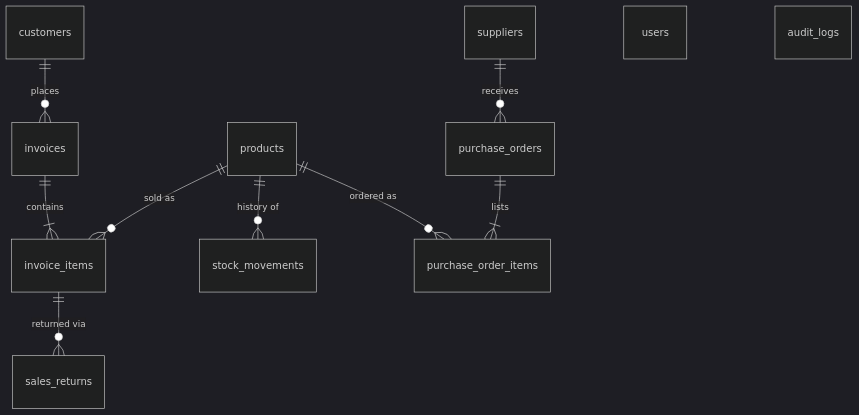
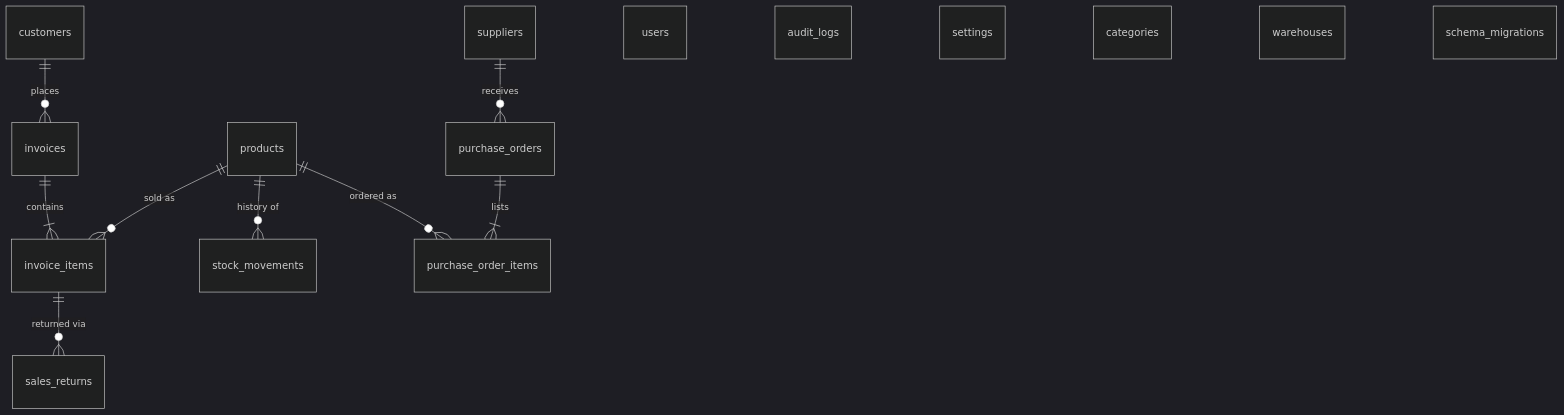
One commit to ratulhasan16961/smart-inventory-manager changed the second of 2 diagrams in docs/ARCHITECTURE.md. Above: the diagram before and after it, drawn with Mermaid (dark theme). The commit also changed other lines of this file and 16 other files, not shown here.

````diff
--- a/docs/ARCHITECTURE.md
+++ b/docs/ARCHITECTURE.md
@@ -33,13 +36,17 @@
 ```mermaid
 erDiagram
     customers ||--o{ invoices : places
     invoices ||--|{ invoice_items : contains
     products ||--o{ invoice_items : "sold as"
     invoice_items ||--o{ sales_returns : "returned via"
     products ||--o{ stock_movements : "history of"
     suppliers ||--o{ purchase_orders : receives
     purchase_orders ||--|{ purchase_order_items : lists
     products ||--o{ purchase_order_items : "ordered as"
     users
     audit_logs
+    settings
+    categories
+    warehouses
+    schema_migrations
 ```
````
